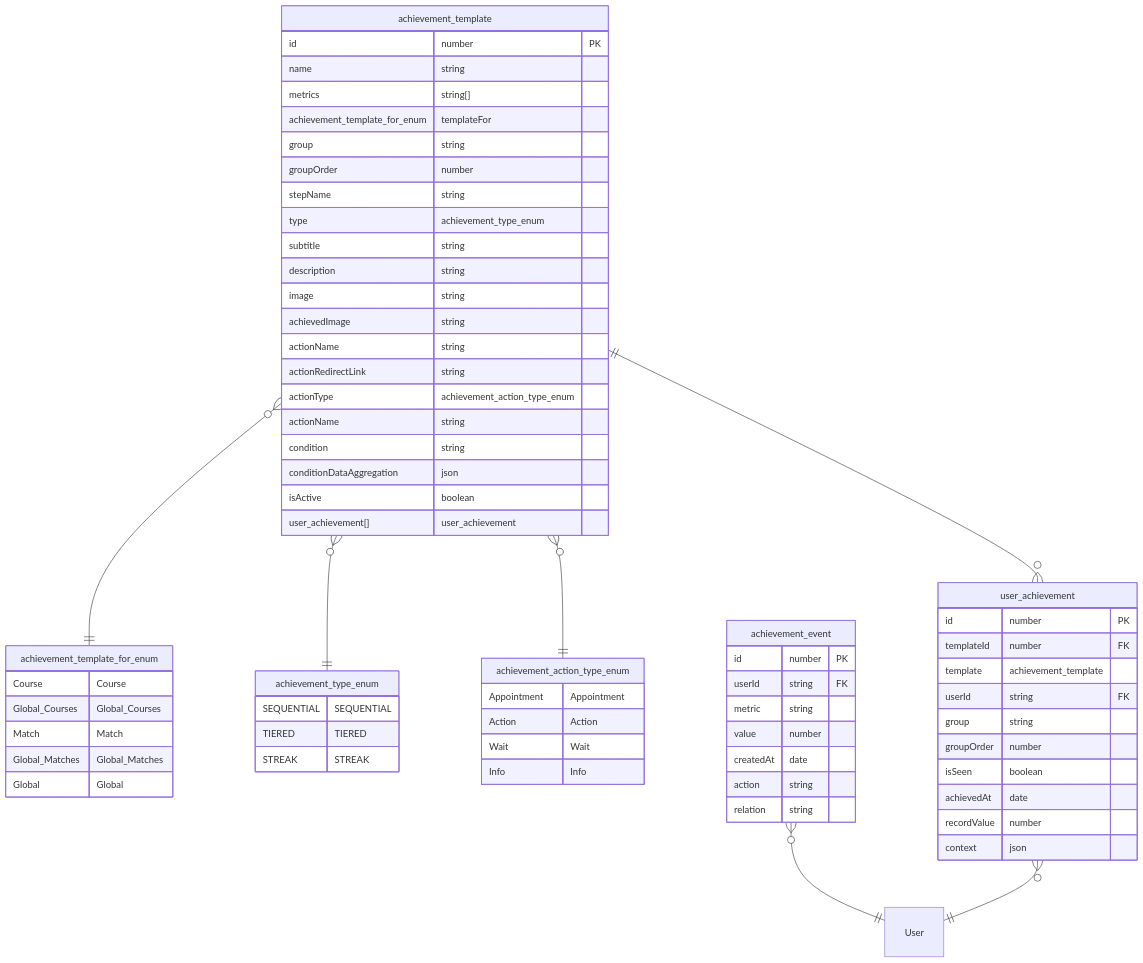
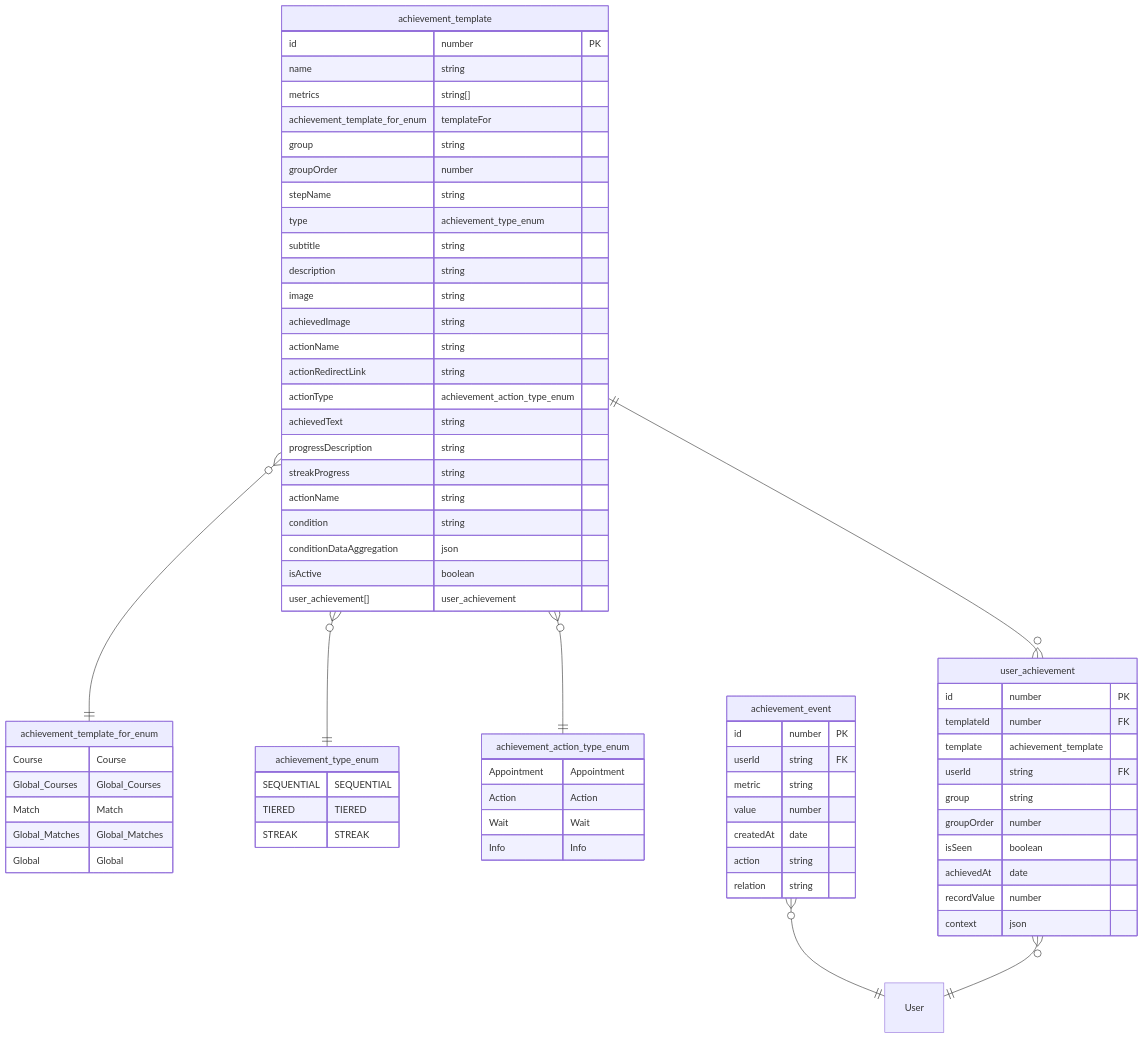
The first of 4 diagrams in common/achievement/Readme.md (corona-school/backend), drawn with Mermaid before and after one commit.

Commit message:
fix: adjust db model in documentation

````diff
--- a/common/achievement/Readme.md
+++ b/common/achievement/Readme.md
@@ -42,77 +42,80 @@
 ```mermaid
 erDiagram
 	achievement_template  }o--||  achievement_template_for_enum  : ""
 	achievement_template  }o--||  achievement_type_enum  : ""
 	achievement_template  }o--||  achievement_action_type_enum  : ""
 	achievement_template  ||--o{  user_achievement: ""
 	achievement_event  }o--||  User  : ""
 	user_achievement  }o--||  User  : ""
 
 	achievement_template  {
 		id number  PK
 		name string
 		metrics string[]
 		achievement_template_for_enum  templateFor
 		group string
 		groupOrder number
 		stepName string
 		type achievement_type_enum
 		subtitle string
 		description string
 		image string
 		achievedImage string
 		actionName string
 		actionRedirectLink string
 		actionType achievement_action_type_enum
+		achievedText string
+		progressDescription string
+		streakProgress string
 		actionName string
 		condition string
 		conditionDataAggregation json
 		isActive boolean
 		user_achievement[] user_achievement
 	}
 
 	achievement_template_for_enum  {
 		Course Course
 		Global_Courses  Global_Courses
 		Match Match
 		Global_Matches  Global_Matches
 		Global Global
 	}
 
 	achievement_type_enum  {
 		SEQUENTIAL SEQUENTIAL
 		TIERED TIERED
 		STREAK STREAK
 	}
 
 	achievement_action_type_enum  {
 		Appointment Appointment
 		Action Action
 		Wait Wait
 		Info Info
 	}
 
 	user_achievement  {
 		id number  PK
 		templateId number  FK
 		template achievement_template
 		userId string  FK
 		group string
 		groupOrder number
 		isSeen boolean
 		achievedAt date
 		recordValue number
 		context json
 	}
 
 	achievement_event  {
 		id number  PK
 		userId string  FK
 		metric string
 		value number
 		createdAt date
 		action string
 		relation string
 	}
 	User
 ```
````
